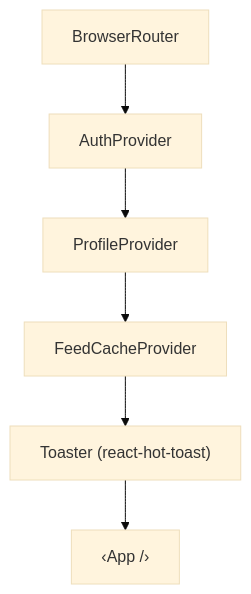
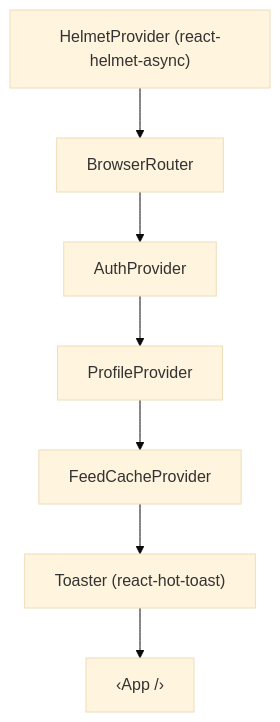
The second of 8 diagrams in ARCHITECTURE.md (ricardocovo/focused-tube), drawn with Mermaid (base theme) before and after one commit. The commit also changed other lines of this file and 36 other files, not shown here.

````diff
--- a/ARCHITECTURE.md
+++ b/ARCHITECTURE.md
@@ -181,8 +181,9 @@
 ```mermaid
 graph TB
-    BR["BrowserRouter"] --> AP["AuthProvider"]
+    HP["HelmetProvider (react-helmet-async)"] --> BR["BrowserRouter"]
+    BR --> AP["AuthProvider"]
     AP --> PP["ProfileProvider"]
     PP --> FCP["FeedCacheProvider"]
     FCP --> T["Toaster (react-hot-toast)"]
     T --> App["‹App /›"]
 ```
````
